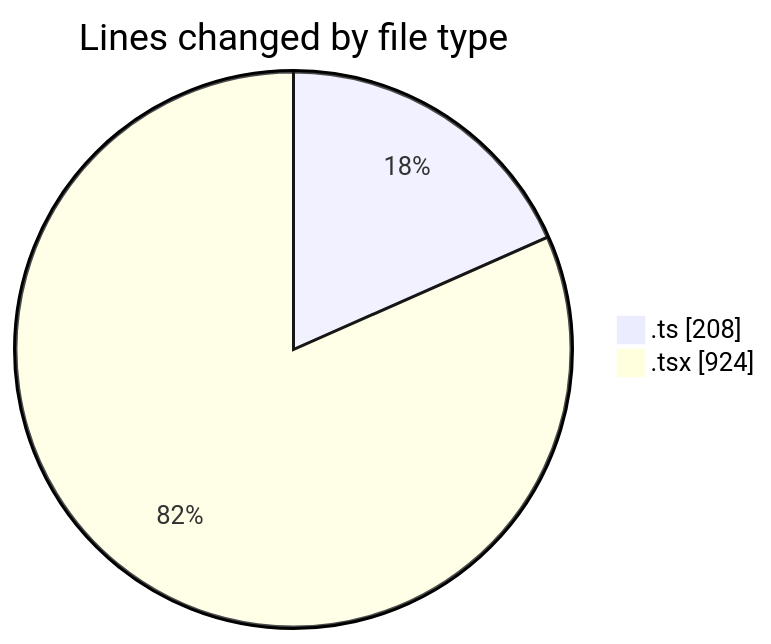
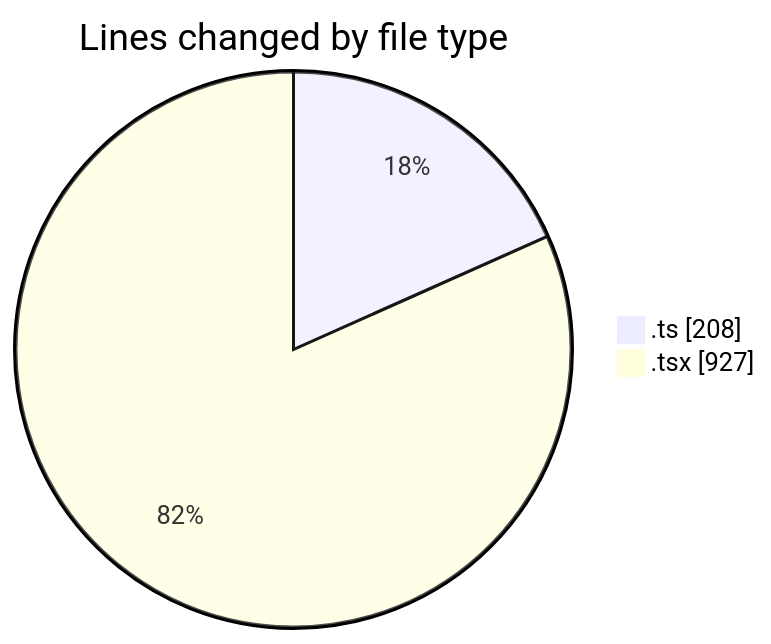
Before and after one commit to robertbonfada/code-tracking: the first of 2 diagrams in 2025-01-27/termonied-web/README.md, drawn with Mermaid. The commit also changed other lines of this file and 1 other file, not shown here.

````diff
--- a/2025-01-27/termonied-web/README.md
+++ b/2025-01-27/termonied-web/README.md
@@ -25,6 +25,6 @@
 ```mermaid
 pie showData
 title Lines changed by file type
 ".ts" : 208
-".tsx" : 924
+".tsx" : 927
 ```
````
